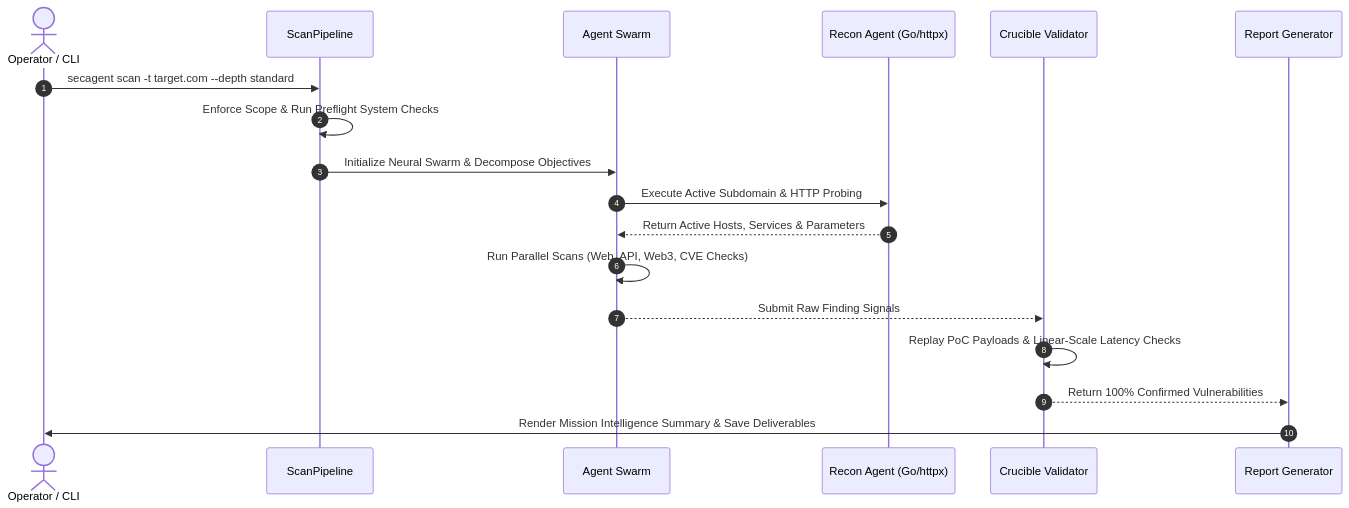
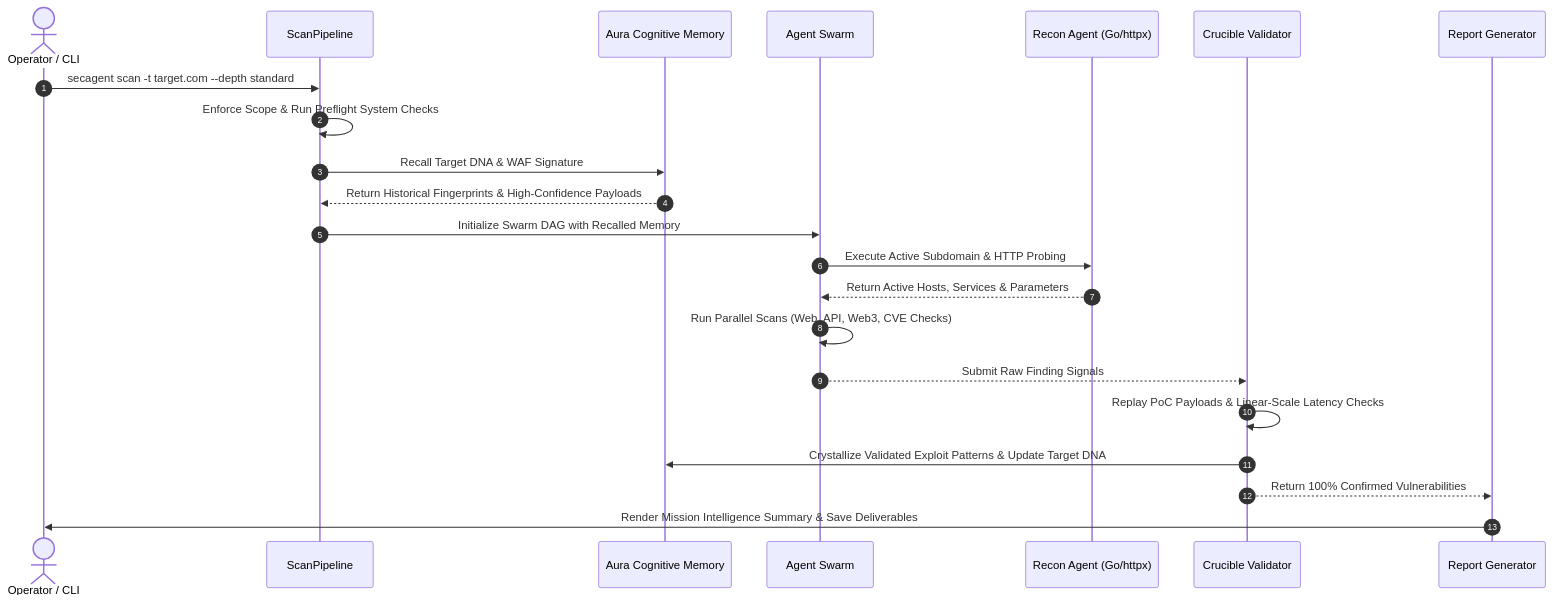
The third of 5 diagrams in README.md (gl1tch0x1/cog-ai), drawn with Mermaid before and after one commit. The commit also changed other lines of this file, not shown here.

Commit message:
docs(readme): update Mermaid system topology and scan lifecycle sequence diagrams to reflect Aura Cognitive Memory

````diff
--- a/README.md
+++ b/README.md
@@ -258,21 +268,25 @@
 ```mermaid
 sequenceDiagram
     autonumber
     actor Operator as Operator / CLI
     participant Pipeline as ScanPipeline
+    participant Memory as Aura Cognitive Memory
     participant Swarm as Agent Swarm
     participant Recon as Recon Agent (Go/httpx)
     participant Validator as Crucible Validator
     participant Reporter as Report Generator
 
     Operator->>Pipeline: secagent scan -t target.com --depth standard
     Pipeline->>Pipeline: Enforce Scope & Run Preflight System Checks
-    Pipeline->>Swarm: Initialize Neural Swarm & Decompose Objectives
+    Pipeline->>Memory: Recall Target DNA & WAF Signature
+    Memory-->>Pipeline: Return Historical Fingerprints & High-Confidence Payloads
+    Pipeline->>Swarm: Initialize Swarm DAG with Recalled Memory
     Swarm->>Recon: Execute Active Subdomain & HTTP Probing
     Recon-->>Swarm: Return Active Hosts, Services & Parameters
     Swarm->>Swarm: Run Parallel Scans (Web, API, Web3, CVE Checks)
     Swarm-->>Validator: Submit Raw Finding Signals
     Validator->>Validator: Replay PoC Payloads & Linear-Scale Latency Checks
+    Validator->>Memory: Crystallize Validated Exploit Patterns & Update Target DNA
     Validator-->>Reporter: Return 100% Confirmed Vulnerabilities
     Reporter->>Operator: Render Mission Intelligence Summary & Save Deliverables
 ```
````
